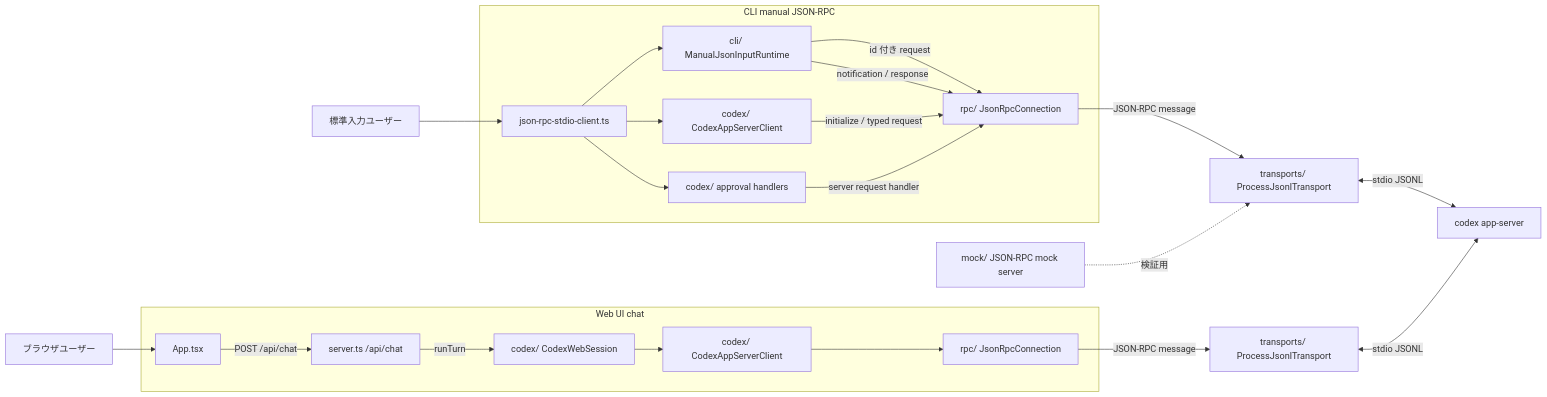
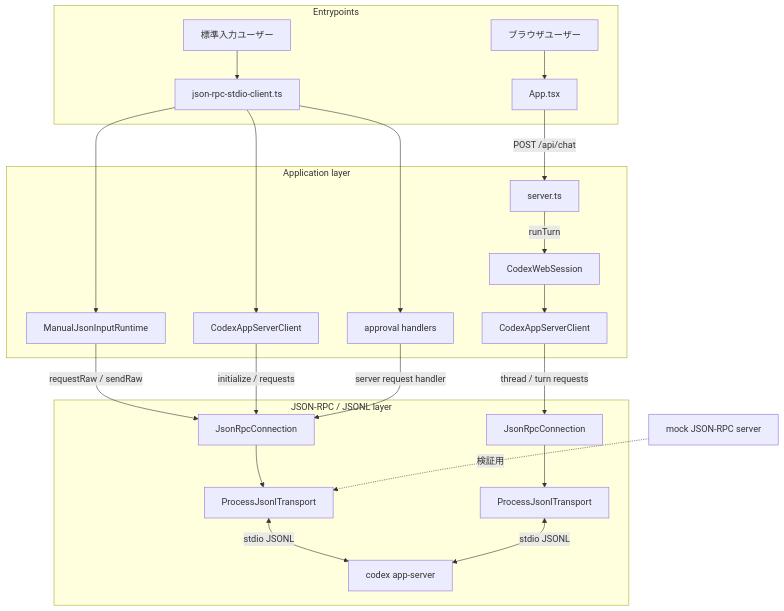
The first of 3 diagrams in README.md (bebebebebebebebebebebebebebebe/simple-codex-client), drawn with Mermaid before and after one commit.

Commit message:
feat: Update flowchart structure in README for improved clarity on entry points and application layers

````diff
--- a/README.md
+++ b/README.md
@@ -32,29 +32,34 @@
 ```mermaid
-flowchart LR
-    CliUser[標準入力ユーザー] --> CliEntry[json-rpc-stdio-client.ts]
-    WebUser[ブラウザユーザー] --> WebApp[App.tsx]
+flowchart TD
+    CliUser[標準入力ユーザー]
+    WebUser[ブラウザユーザー]
 
-    subgraph CLI[CLI manual JSON-RPC]
-        CliEntry --> Manual[cli/ ManualJsonInputRuntime]
-        CliEntry --> CliClient[codex/ CodexAppServerClient]
-        CliEntry --> Approval[codex/ approval handlers]
-        Manual -->|id 付き request| CliConnection[rpc/ JsonRpcConnection]
-        Manual -->|notification / response| CliConnection
-        CliClient -->|initialize / typed request| CliConnection
-        Approval -->|server request handler| CliConnection
+    subgraph Entry[Entrypoints]
+        CliUser --> CliEntry[json-rpc-stdio-client.ts]
+        WebUser --> WebApp[App.tsx]
     end
 
-    subgraph Web[Web UI chat]
-        WebApp -->|POST /api/chat| ApiChat[server.ts /api/chat]
-        ApiChat -->|runTurn| WebSession[codex/ CodexWebSession]
-        WebSession --> WebClient[codex/ CodexAppServerClient]
-        WebClient --> WebConnection[rpc/ JsonRpcConnection]
+    subgraph AppLayer[Application layer]
+        CliEntry --> Manual[ManualJsonInputRuntime]
+        CliEntry --> CliClient[CodexAppServerClient]
+        CliEntry --> Approval[approval handlers]
+
+        WebApp -->|POST /api/chat| ApiServer[server.ts]
+        ApiServer -->|runTurn| WebSession[CodexWebSession]
+        WebSession --> WebClient[CodexAppServerClient]
     end
 
-    CliConnection -->|JSON-RPC message| CliTransport[transports/ ProcessJsonlTransport]
-    WebConnection -->|JSON-RPC message| WebTransport[transports/ ProcessJsonlTransport]
-    CliTransport <-->|stdio JSONL| CodexServer[codex app-server]
-    WebTransport <-->|stdio JSONL| CodexServer
+    subgraph RpcLayer[JSON-RPC / JSONL layer]
+        Manual -->|requestRaw / sendRaw| CliConnection[JsonRpcConnection]
+        CliClient -->|initialize / requests| CliConnection
+        Approval -->|server request handler| CliConnection
+        WebClient -->|thread / turn requests| WebConnection[JsonRpcConnection]
 
-    Mock[mock/ JSON-RPC mock server] -. 検証用 .-> CliTransport
+        CliConnection --> CliTransport[ProcessJsonlTransport]
+        WebConnection --> WebTransport[ProcessJsonlTransport]
+        CliTransport <-->|stdio JSONL| CodexServer[codex app-server]
+        WebTransport <-->|stdio JSONL| CodexServer
+    end
+
+    Mock[mock JSON-RPC server] -. 検証用 .-> CliTransport
 ```
````
